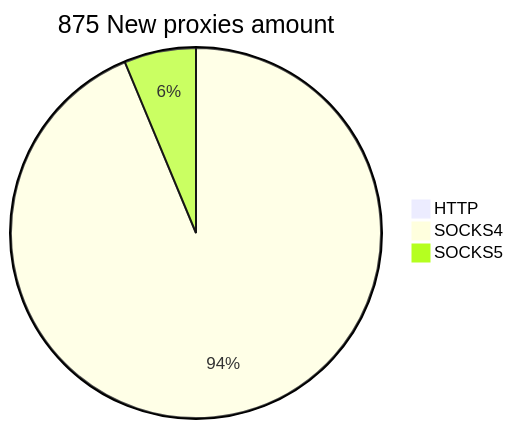
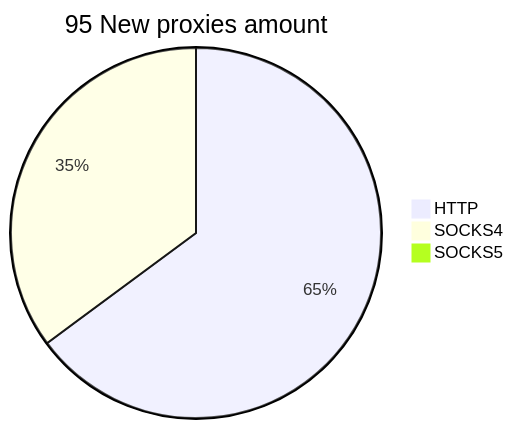
One commit to cutipu/proxylist changed the second of 2 diagrams in README.md. Above: the diagram before and after it, drawn with Mermaid. The commit also changed other lines of this file, not shown here.

````diff
--- a/README.md
+++ b/README.md
@@ -10,6 +10,6 @@
 ```mermaid
-pie title 875 New proxies amount
-    "HTTP" : 0
-    "SOCKS4" : 821
-    "SOCKS5" : 55
+pie title 95 New proxies amount
+    "HTTP" : 491
+    "SOCKS4" : 266
+    "SOCKS5" : 0
 ```
````
